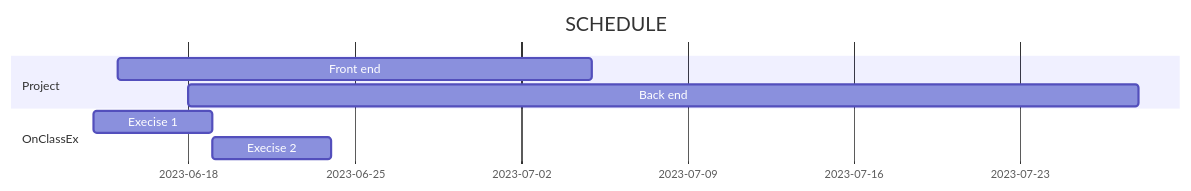
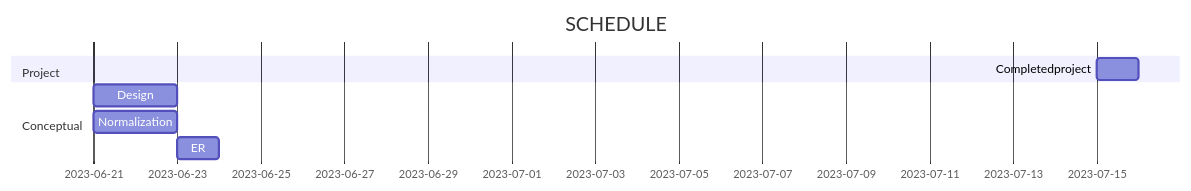
Before and after one commit to ocsiker/databaseOnClass: the diagram in README.md, drawn with Mermaid.

Commit message:
feat: update schedule

````diff
--- a/README.md
+++ b/README.md
@@ -12,13 +12,26 @@
 ```mermaid
 gantt
-title  SCHEDULE 
-dateFormat  DD-MM-YY 
-section Project
-Front end: fe, 15-06-23, 20d
-Back end: be, 18-06-23, 40d
-section OnClassEx
-Execise 1: ex1, 14-06-23, 5d
-Execise 2: after ex1 ex2, 5d
+      title  SCHEDULE 
+      dateFormat  DD-MM-YY 
+
+      section Project
+
+      Completedproject: cp, 15-07-23,16-07-23
+
+
+      section Conceptual 
+      Design: des,21-06-23,2d
+      Normalization: nor,21-06-23,2d 
+      ER: after des, 1d 
+
+      section Logical
+
+      section Physical
+
+
+      section Java
+      section FrontEnd
+      section BackEnd
 
 
 ```
````
